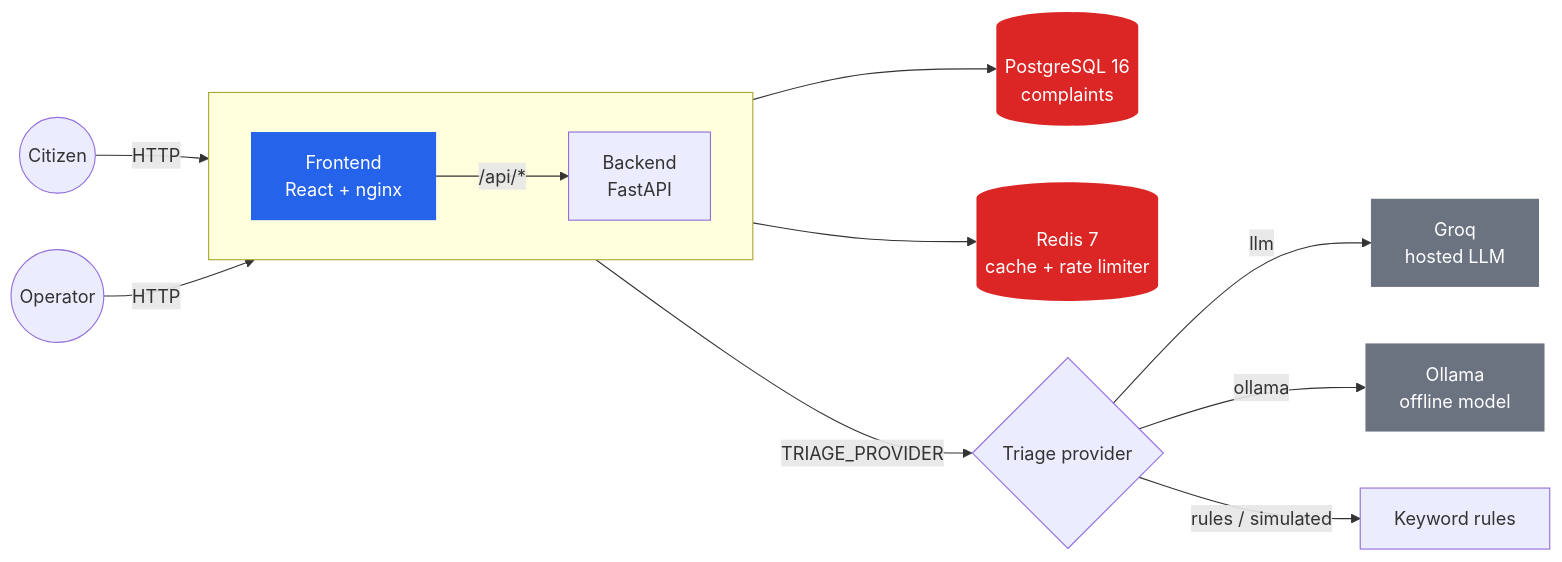
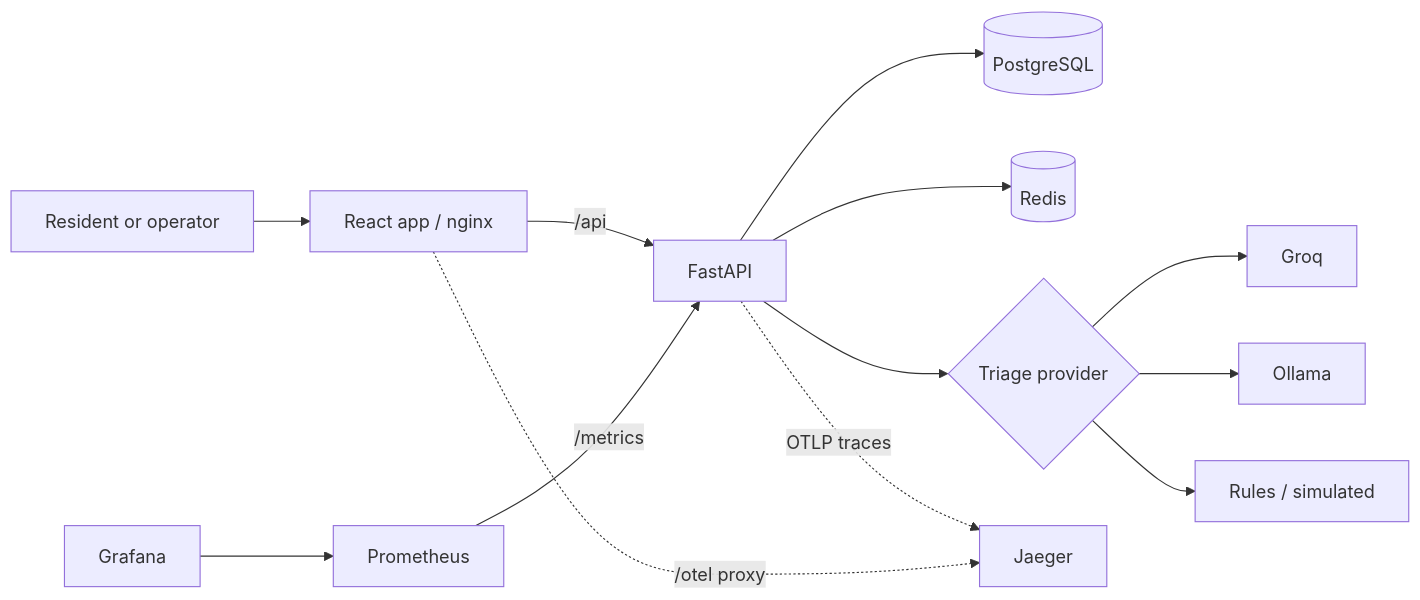
The first of 2 diagrams in README.md (M-Hasaam/CivicPulse), drawn with Mermaid before and after one commit. The commit also changed other lines of this file, not shown here.

````diff
--- a/README.md
+++ b/README.md
@@ -34,28 +165,15 @@
 ```mermaid
 flowchart LR
-    citizen((Citizen)) -->|HTTP| frontend[Frontend<br/>React + nginx]
-    operator((Operator)) -->|HTTP| frontend
-
-    frontend -->|"/api/*"| backend[Backend<br/>FastAPI]
-
-    backend --> postgres[(PostgreSQL 16<br/>complaints)]
-    backend --> redis[(Redis 7<br/>cache + rate limiter)]
-    backend -->|TRIAGE_PROVIDER| triage{Triage provider}
-
-    triage -->|llm| groq[Groq<br/>hosted LLM]
-    triage -->|ollama| ollama[Ollama<br/>offline model]
-    triage -->|rules / simulated| rules[Keyword rules]
-
-    subgraph net[" "]
-        direction LR
-        frontend
-        backend
-    end
-
-    classDef edge fill:#2563eb,color:#fff,stroke:none
-    classDef internal fill:#dc2626,color:#fff,stroke:none
-    classDef ext fill:#6b7280,color:#fff,stroke:none
-    class frontend edge
-    class postgres,redis internal
-    class groq,ollama ext
+    user[Resident or operator] --> frontend[React app / nginx]
+    frontend -->|/api| backend[FastAPI]
+    backend --> postgres[(PostgreSQL)]
+    backend --> redis[(Redis)]
+    backend --> triage{Triage provider}
+    triage --> groq[Groq]
+    triage --> ollama[Ollama]
+    triage --> rules[Rules / simulated]
+    prometheus[Prometheus] -->|/metrics| backend
+    grafana[Grafana] --> prometheus
+    backend -.->|OTLP traces| jaeger[Jaeger]
+    frontend -.->|/otel proxy| jaeger
 ```
````
